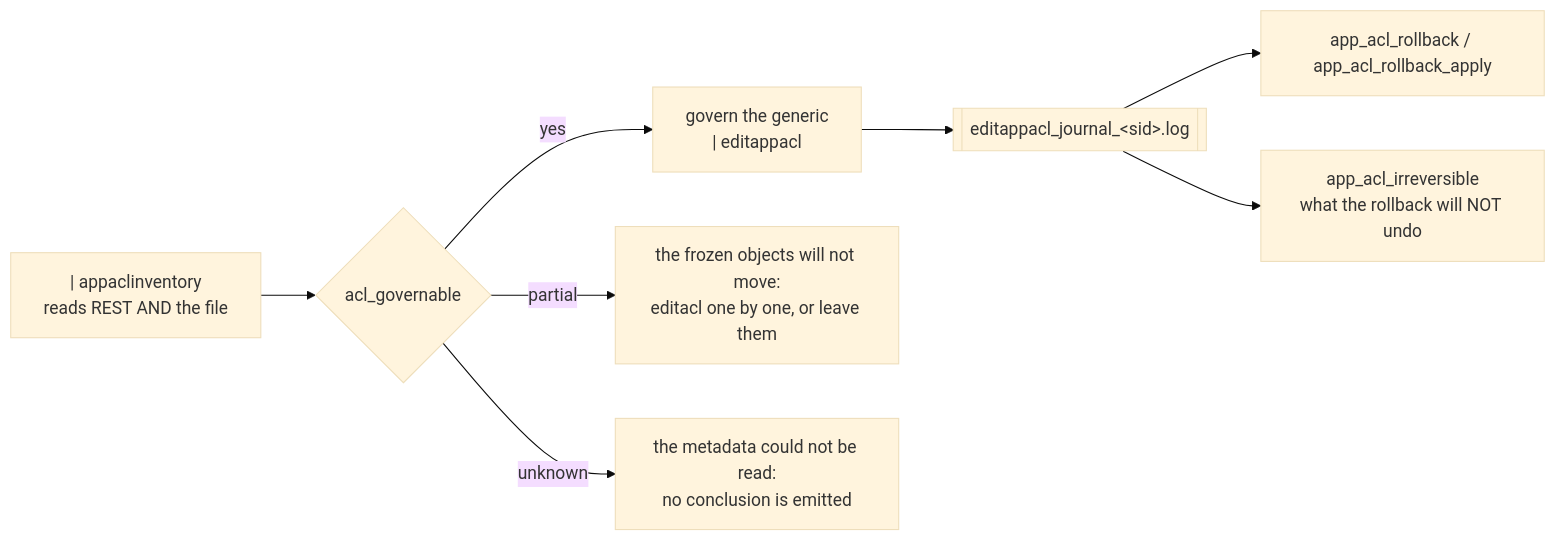
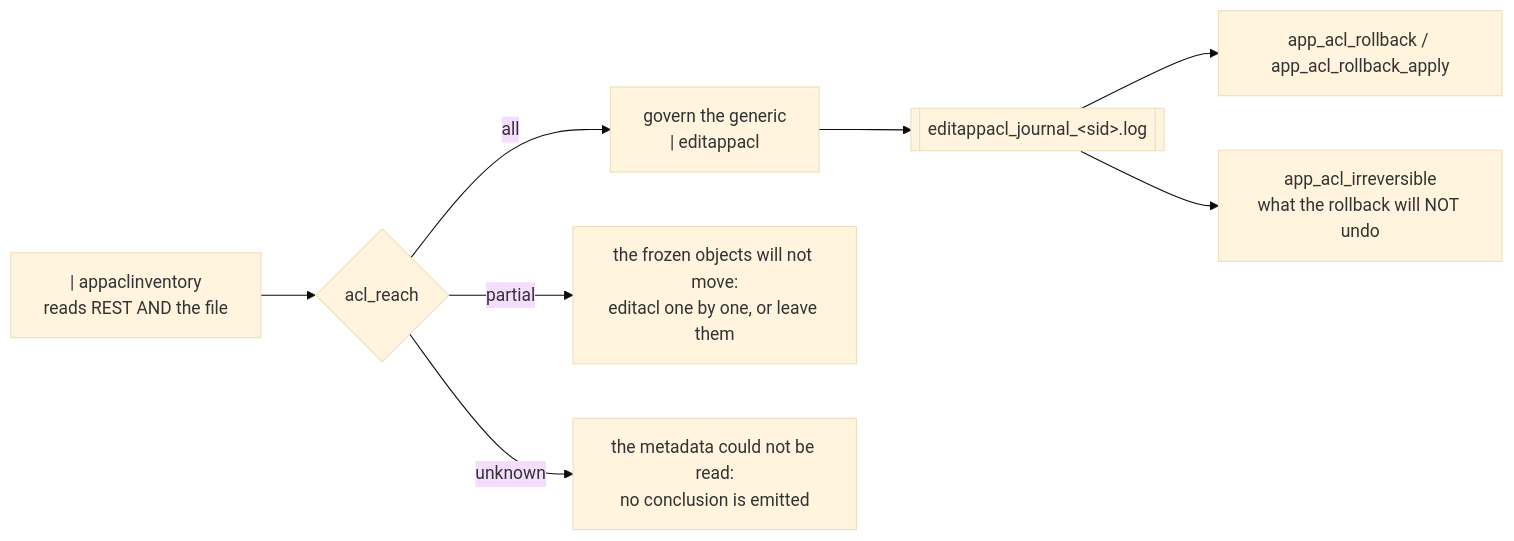
The second of 2 diagrams in README.md (rafiki31130/SA-acl-tools), drawn with Mermaid (base theme) before and after one commit. The commit also changed other lines of this file and 13 other files, not shown here.

````diff
--- a/README.md
+++ b/README.md
@@ -299,10 +299,10 @@
 ```mermaid
 flowchart LR
-  INV["| appaclinventory<br/>reads REST AND the file"] --> DEC{"acl_governable"}
-  DEC -- "yes" --> GOV["govern the generic<br/>| editappacl"]
+  INV["| appaclinventory<br/>reads REST AND the file"] --> DEC{"acl_reach"}
+  DEC -- "all" --> GOV["govern the generic<br/>| editappacl"]
   DEC -- "partial" --> MIX["the frozen objects will not move:<br/>editacl one by one, or leave them"]
   DEC -- "unknown" --> READ["the metadata could not be read:<br/>no conclusion is emitted"]
   GOV --> WAL[["editappacl_journal_&lt;sid&gt;.log"]]
   WAL --> RB["app_acl_rollback / app_acl_rollback_apply"]
   WAL --> IRR["app_acl_irreversible<br/>what the rollback will NOT undo"]
 ```
````
